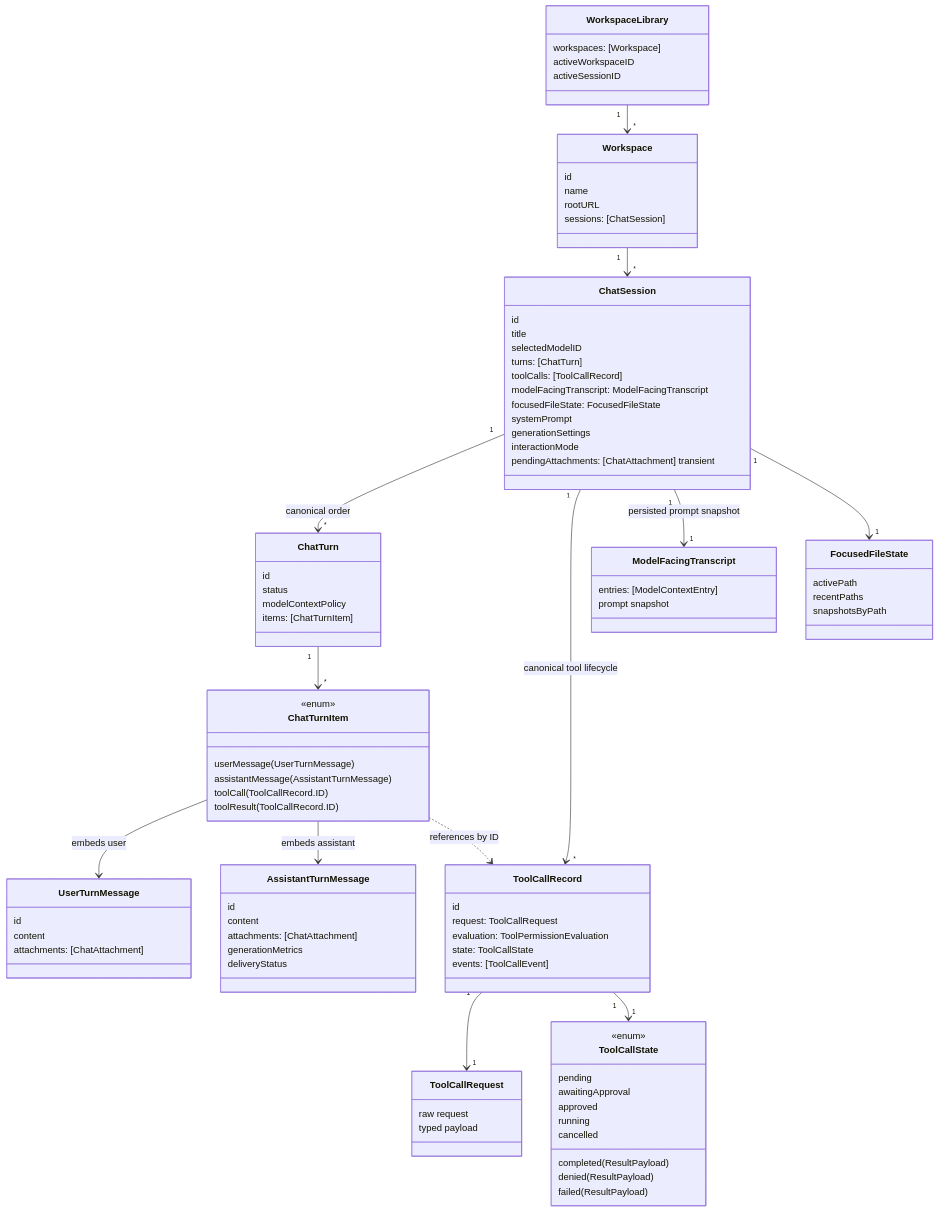
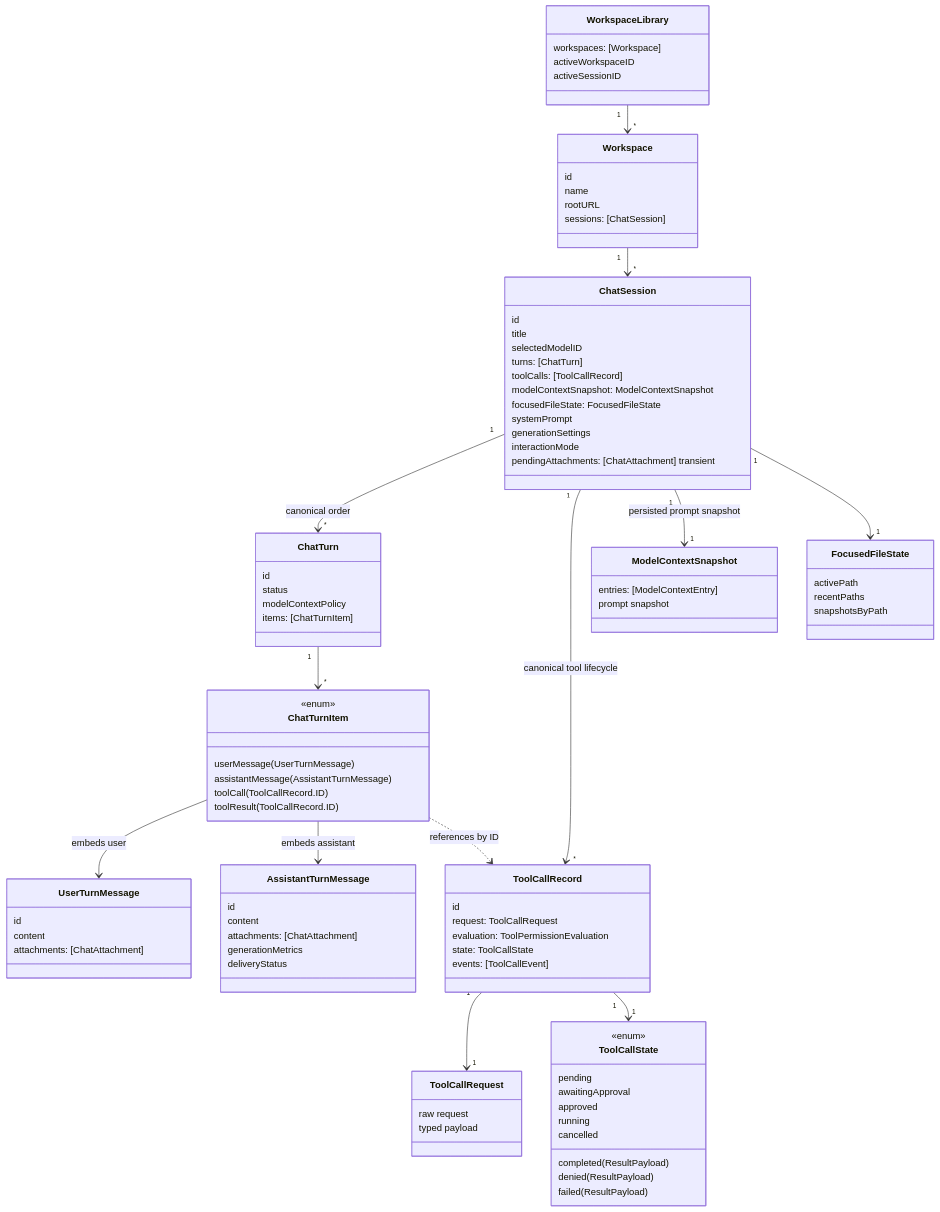
One commit to ngutech21/sumika-chat changed the diagram in docs/model.md. Above: the diagram before and after it, drawn with Mermaid. The commit also changed 25 other files, not shown here.

Commit message:
refactor: transcript handling: Replace ModelFacingTranscript with ModelContextSnapshot

```diff
--- a/docs/model.md
+++ b/docs/model.md
@@ -21,7 +21,7 @@
     selectedModelID
     turns: [ChatTurn]
     toolCalls: [ToolCallRecord]
-    modelFacingTranscript: ModelFacingTranscript
+    modelContextSnapshot: ModelContextSnapshot
     focusedFileState: FocusedFileState
     systemPrompt
     generationSettings
@@ -83,7 +83,7 @@
     cancelled
   }
 
-  class ModelFacingTranscript {
+  class ModelContextSnapshot {
     entries: [ModelContextEntry]
     prompt snapshot
   }
@@ -99,7 +99,7 @@
 
   ChatSession "1" --> "*" ChatTurn : canonical order
   ChatSession "1" --> "*" ToolCallRecord : canonical tool lifecycle
-  ChatSession "1" --> "1" ModelFacingTranscript : persisted prompt snapshot
+  ChatSession "1" --> "1" ModelContextSnapshot : persisted prompt snapshot
   ChatSession "1" --> "1" FocusedFileState
 
   ChatTurn "1" --> "*" ChatTurnItem
```
